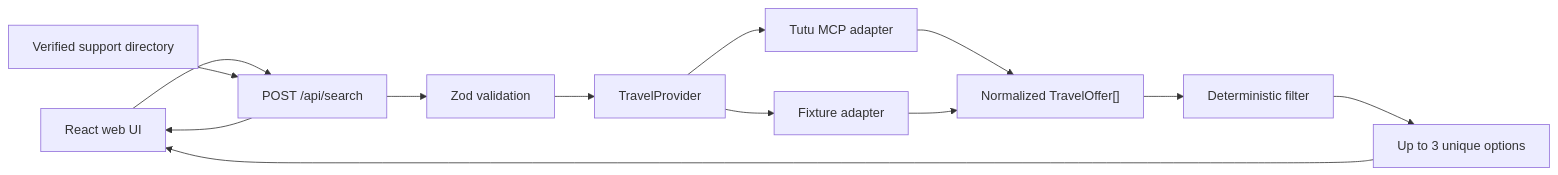
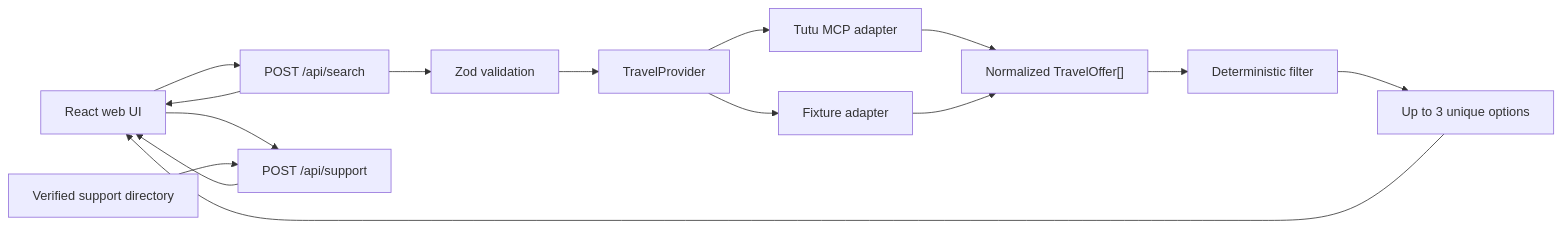
Before and after one commit to lllllllleo495/make-it-in-time: the diagram in README.md, drawn with Mermaid. The commit also changed other lines of this file and 9 other files, not shown here.

````diff
--- a/README.md
+++ b/README.md
@@ -82,15 +80,17 @@
 ```mermaid
 flowchart LR
   UI["React web UI"] --> API["POST /api/search"]
   API --> V["Zod validation"]
   V --> P["TravelProvider"]
   P --> MCP["Tutu MCP adapter"]
   P --> FIX["Fixture adapter"]
   MCP --> O["Normalized TravelOffer[]"]
   FIX --> O
   O --> F["Deterministic filter"]
   F --> R["Up to 3 unique options"]
-  DIR["Verified support directory"] --> API
+  UI --> HELP["POST /api/support"]
+  DIR["Verified support directory"] --> HELP
+  HELP --> UI
   R --> UI
   API --> UI
 ```
````
